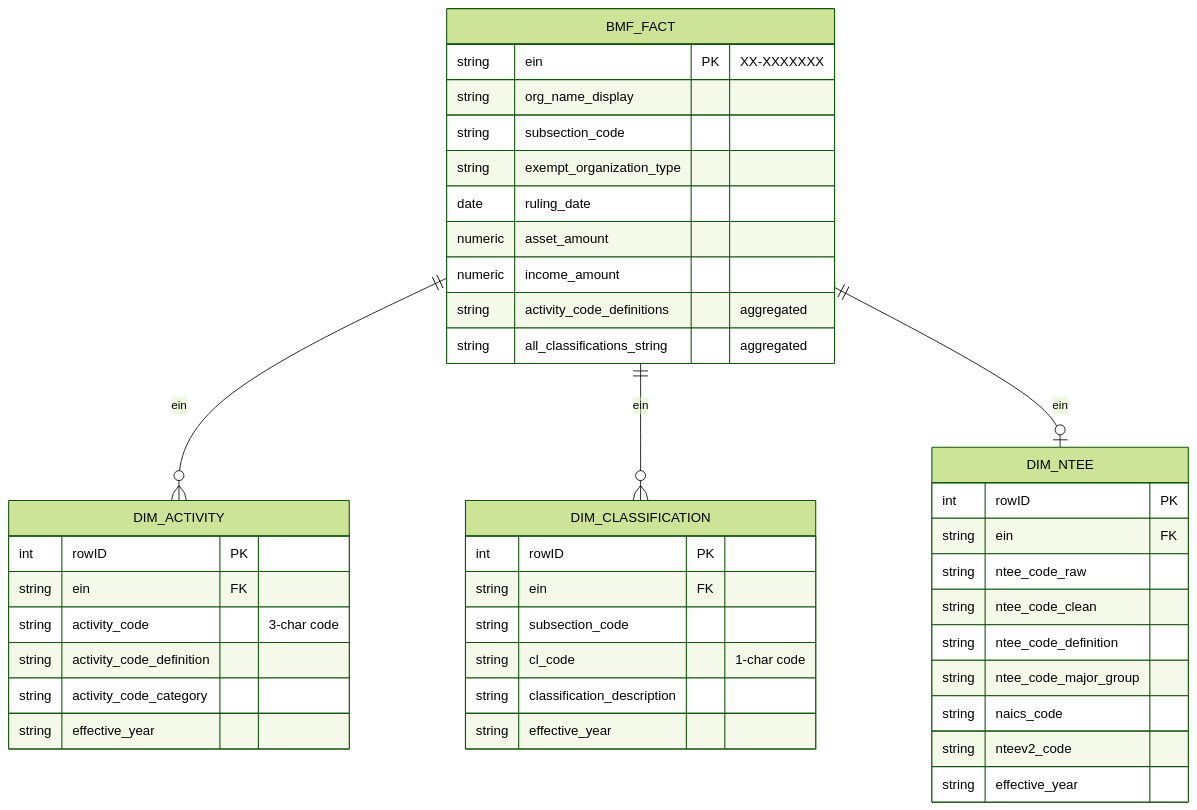
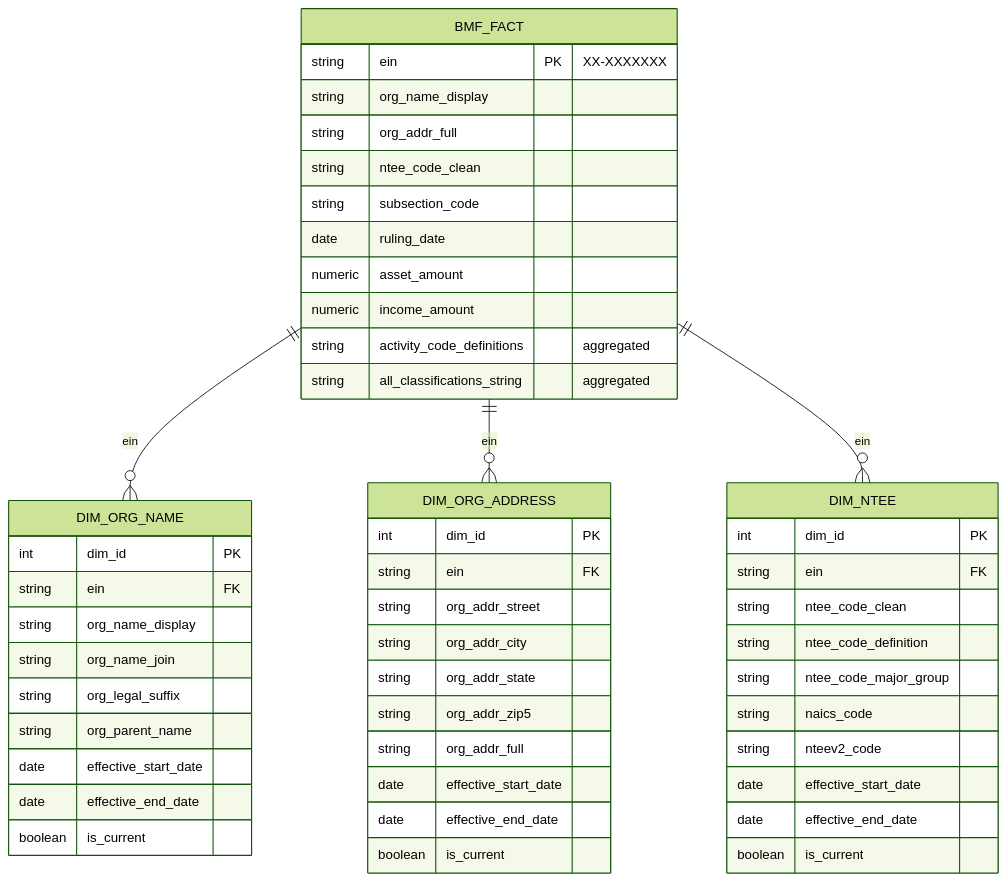
Before and after one commit to UrbanInstitute/nccs-data-bmf: the second of 2 diagrams in docs/04-dimension-tables.qmd, drawn with Mermaid (forest theme). The commit also changed other lines of this file and 11 other files, not shown here.

````diff
--- a/docs/04-dimension-tables.qmd
+++ b/docs/04-dimension-tables.qmd
@@ -24,48 +257,57 @@
 ```{mermaid}
 erDiagram
-    BMF_FACT ||--o{ DIM_ACTIVITY : "ein"
-    BMF_FACT ||--o{ DIM_CLASSIFICATION : "ein"
-    BMF_FACT ||--o| DIM_NTEE : "ein"
+    BMF_FACT ||--o{ DIM_ORG_NAME : "ein"
+    BMF_FACT ||--o{ DIM_ORG_ADDRESS : "ein"
+    BMF_FACT ||--o{ DIM_NTEE : "ein"
 
     BMF_FACT {
         string ein PK "XX-XXXXXXX"
         string org_name_display
+        string org_addr_full
+        string ntee_code_clean
         string subsection_code
-        string exempt_organization_type
         date ruling_date
         numeric asset_amount
         numeric income_amount
         string activity_code_definitions "aggregated"
         string all_classifications_string "aggregated"
     }
 
-    DIM_ACTIVITY {
-        int rowID PK
+    DIM_ORG_NAME {
+        int dim_id PK
         string ein FK
-        string activity_code "3-char code"
-        string activity_code_definition
-        string activity_code_category
-        string effective_year
+        string org_name_display
+        string org_name_join
+        string org_legal_suffix
+        string org_parent_name
+        date effective_start_date
+        date effective_end_date
+        boolean is_current
     }
 
-    DIM_CLASSIFICATION {
-        int rowID PK
+    DIM_ORG_ADDRESS {
+        int dim_id PK
         string ein FK
-        string subsection_code
-        string cl_code "1-char code"
-        string classification_description
-        string effective_year
+        string org_addr_street
+        string org_addr_city
+        string org_addr_state
+        string org_addr_zip5
+        string org_addr_full
+        date effective_start_date
+        date effective_end_date
+        boolean is_current
     }
 
     DIM_NTEE {
-        int rowID PK
+        int dim_id PK
         string ein FK
-        string ntee_code_raw
         string ntee_code_clean
         string ntee_code_definition
         string ntee_code_major_group
         string naics_code
         string nteev2_code
-        string effective_year
+        date effective_start_date
+        date effective_end_date
+        boolean is_current
     }
 ```
````
